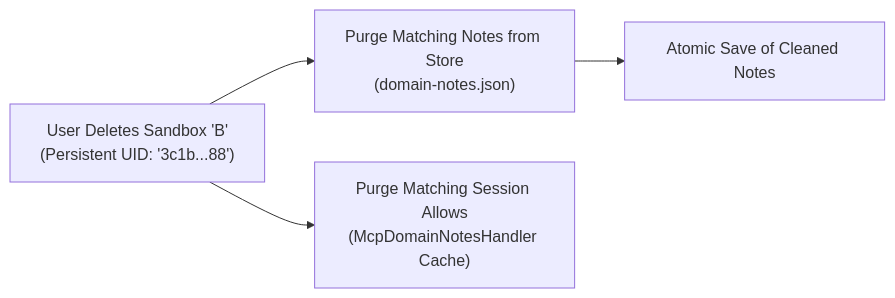
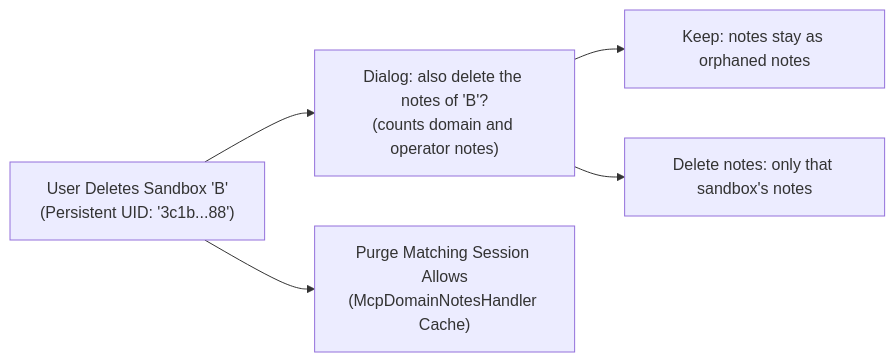
One commit to joelaniol/nova changed the fifth of 5 diagrams in docs/core-features/learning/domain-notes/authorship-permissions-and-storage.md. Above: the diagram before and after it, drawn with Mermaid. The commit also changed other lines of this file and 9 other files, not shown here.

````diff
--- a/docs/core-features/learning/domain-notes/authorship-permissions-and-storage.md
+++ b/docs/core-features/learning/domain-notes/authorship-permissions-and-storage.md
@@ -205,10 +207,13 @@
 ```mermaid
 flowchart LR
     DeleteEvent["User Deletes Sandbox 'B'<br/>(Persistent UID: '3c1b...88')"]
-    PurgeStore["Purge Matching Notes from Store<br/>(domain-notes.json)"]
+    Ask["Dialog: also delete the notes of 'B'?<br/>(counts domain and operator notes)"]
+    Keep["Keep: notes stay as orphaned notes"]
+    Remove["Delete notes: only that sandbox's notes"]
     PurgeSession["Purge Matching Session Allows<br/>(McpDomainNotesHandler Cache)"]
-    SaveDisk["Atomic Save of Cleaned Notes"]
 
-    DeleteEvent --> PurgeStore --> SaveDisk
+    DeleteEvent --> Ask
+    Ask --> Keep
+    Ask --> Remove
     DeleteEvent --> PurgeSession
 ```
````
